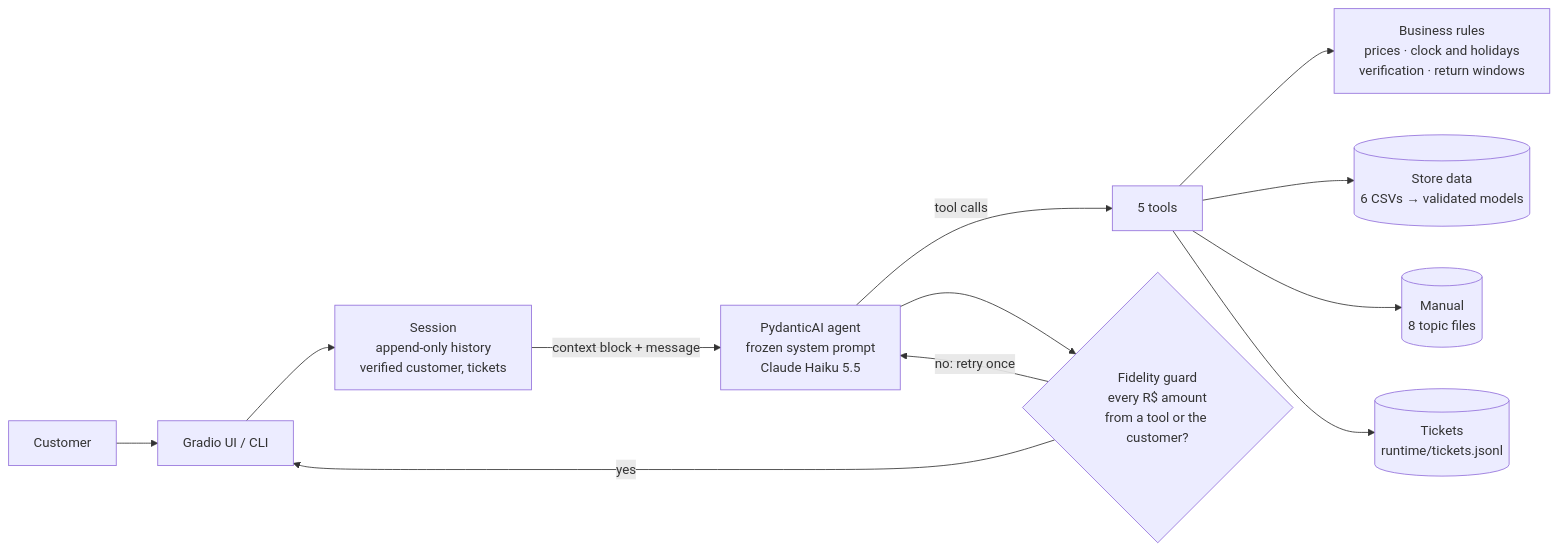
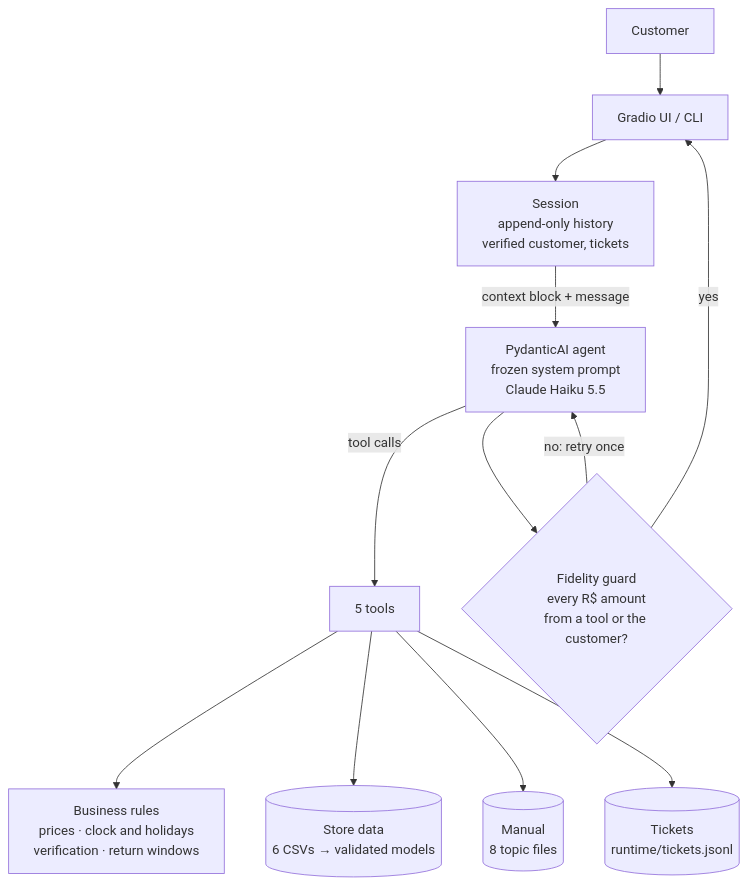
One commit to gabrielolvr11/emporio-agent changed the diagram in README.md. Above: the diagram before and after it, drawn with Mermaid. The commit also changed 1 other file, not shown here.

Commit message:
docs: submission PDF builder; top-down architecture diagram
scripts/build_pdf.py renders the README and the documentation (plan,
data-quality report, manual corrections, example conversations) into
one PDF for the written-case submission, with the Mermaid diagrams
drawn and relative links pointing to GitHub. The PDF goes to dist/,
outside git.

The architecture diagram is now top-down: left to right it was shrunk
to an unreadable size on an A4 page.

````diff
--- a/README.md
+++ b/README.md
@@ -54,14 +54,14 @@
 ```mermaid
-flowchart LR
+flowchart TB
     U[Customer] --> UI[Gradio UI / CLI]
     UI --> S[Session<br/>append-only history<br/>verified customer, tickets]
     S -->|context block + message| A[PydanticAI agent<br/>frozen system prompt<br/>Claude Haiku 5.5]
     A -- tool calls --> T[5 tools]
     T --> R[Business rules<br/>prices · clock and holidays<br/>verification · return windows]
     T --> D[(Store data<br/>6 CSVs → validated models)]
     T --> P[(Manual<br/>8 topic files)]
     T --> K[(Tickets<br/>runtime/tickets.jsonl)]
     A --> G{Fidelity guard<br/>every R$ amount<br/>from a tool or the customer?}
     G -- yes --> UI
     G -- no: retry once --> A
 ```
````
